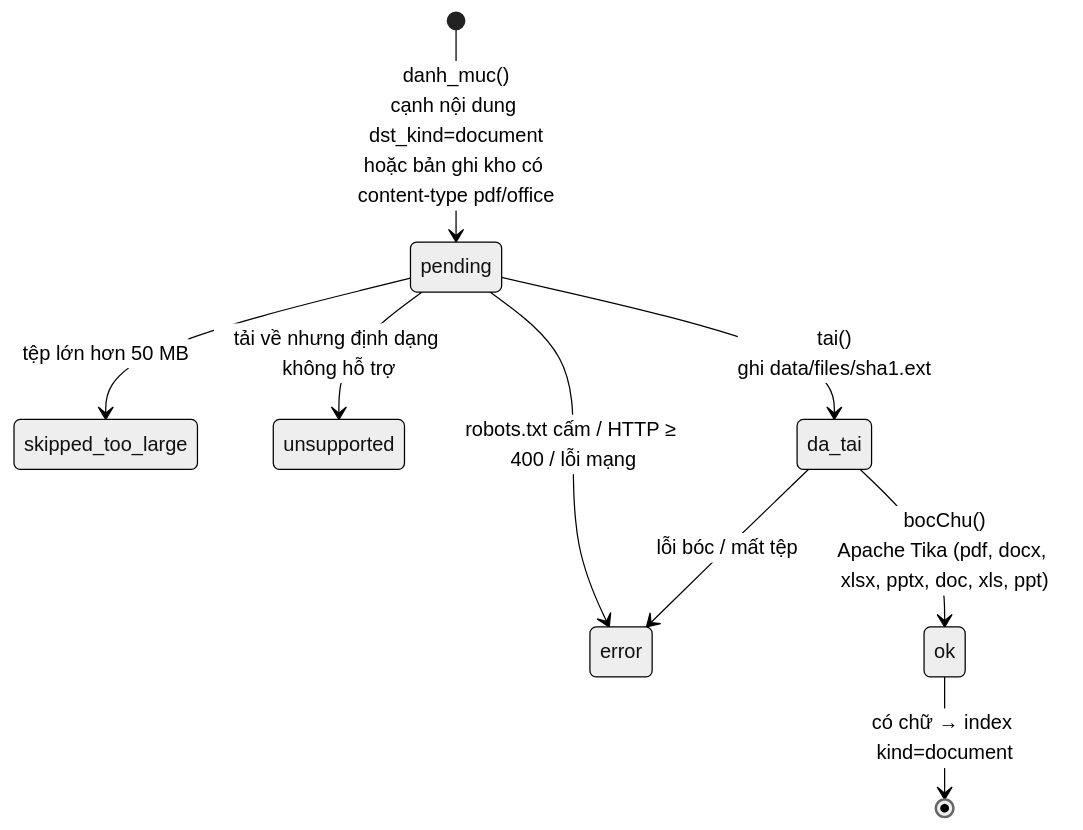
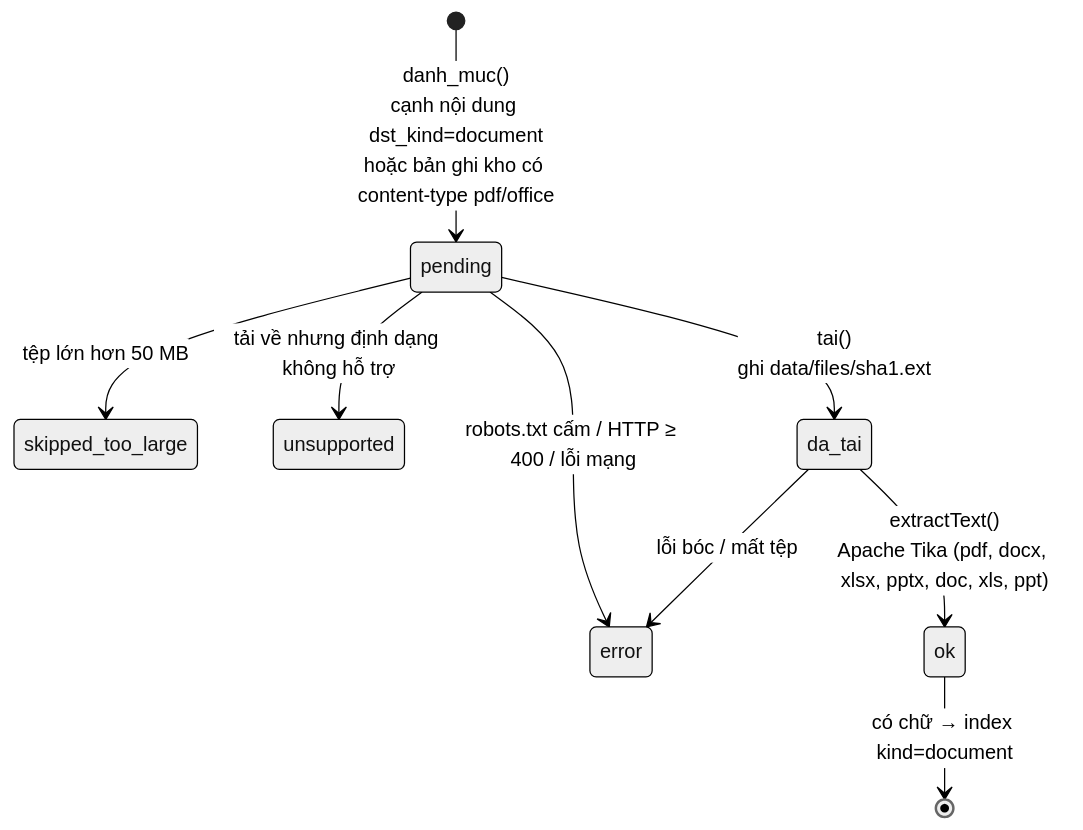
One commit to nguyenpnguyen/di-project changed diagram 15 of 21 in BAO-CAO-KY-THUAT.md. Above: the diagram before and after it, drawn with Mermaid (neutral theme). The commit also changed other lines of this file and 55 other files, not shown here.

````diff
--- a/BAO-CAO-KY-THUAT.md
+++ b/BAO-CAO-KY-THUAT.md
@@ -576,11 +576,11 @@
 ```mermaid
 stateDiagram-v2
     [*] --> pending: danh_muc()<br/>cạnh nội dung dst_kind=document<br/>hoặc bản ghi kho có content-type pdf/office
     pending --> error: robots.txt cấm / HTTP ≥ 400 / lỗi mạng
     pending --> skipped_too_large: tệp lớn hơn 50 MB
     pending --> unsupported: tải về nhưng định dạng không hỗ trợ
     pending --> da_tai: tai()<br/>ghi data/files/sha1.ext
-    da_tai --> ok: bocChu()<br/>Apache Tika (pdf, docx, xlsx, pptx, doc, xls, ppt)
+    da_tai --> ok: extractText()<br/>Apache Tika (pdf, docx, xlsx, pptx, doc, xls, ppt)
     da_tai --> error: lỗi bóc / mất tệp
     ok --> [*]: có chữ → index kind=document
 ```
````
